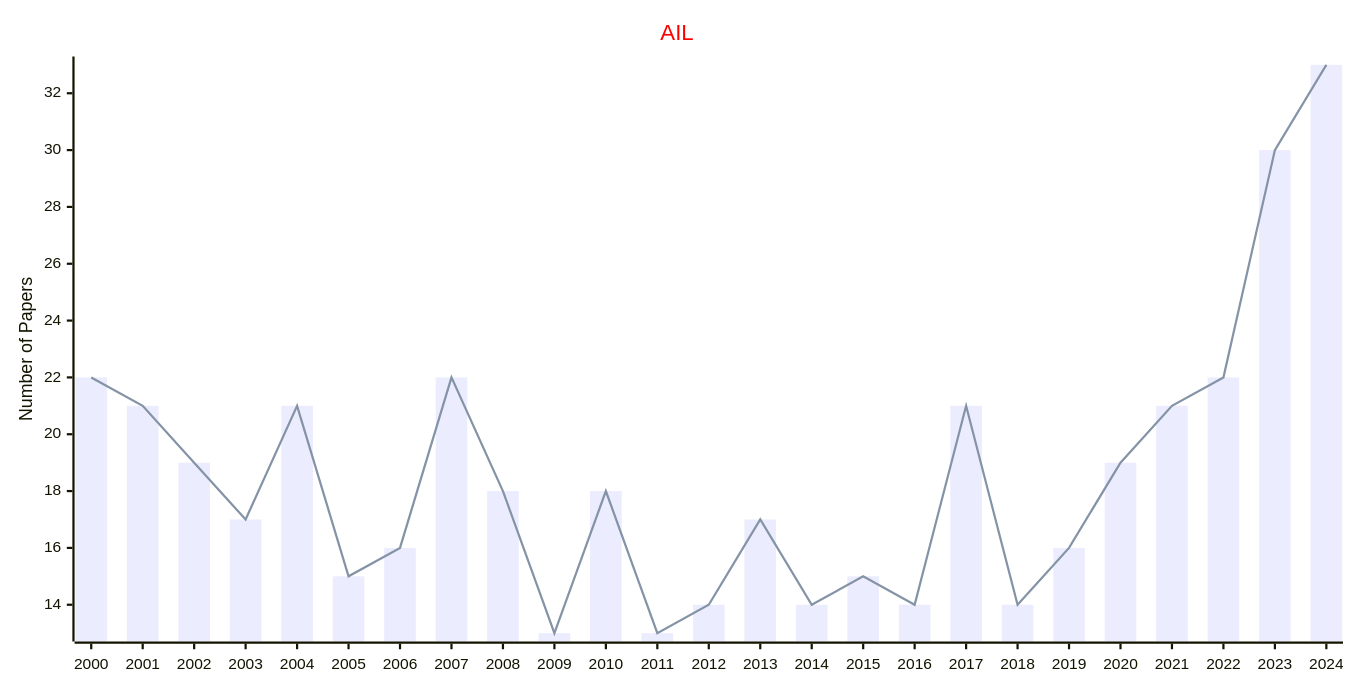
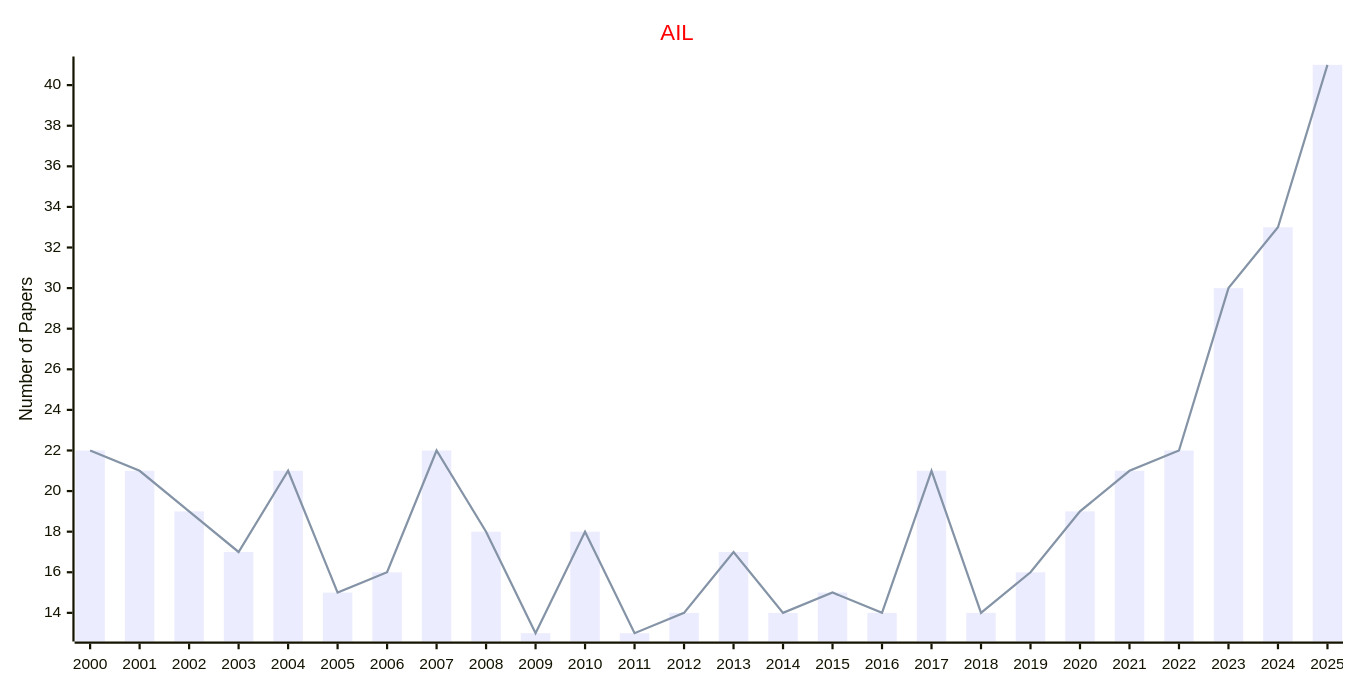
The diagram in docs/data/Journals/Statistics_Journals/Law.md (Easy-PhD/AILinks), drawn with Mermaid before and after one commit. The commit also changed 107 other files, not shown here.

````diff
--- a/docs/data/Journals/Statistics_Journals/Law.md
+++ b/docs/data/Journals/Statistics_Journals/Law.md
@@ -9,17 +9,17 @@
 ```mermaid
 ---
 config:
     xyChart:
         width: 1200
         height: 600
     themeVariables:
         xyChart:
             titleColor: "#ff0000"
 ---
 xychart-beta
     title "AIL"
-    x-axis [2000, 2001, 2002, 2003, 2004, 2005, 2006, 2007, 2008, 2009, 2010, 2011, 2012, 2013, 2014, 2015, 2016, 2017, 2018, 2019, 2020, 2021, 2022, 2023, 2024]
+    x-axis [2000, 2001, 2002, 2003, 2004, 2005, 2006, 2007, 2008, 2009, 2010, 2011, 2012, 2013, 2014, 2015, 2016, 2017, 2018, 2019, 2020, 2021, 2022, 2023, 2024, 2025]
     y-axis "Number of Papers"
-    bar [22, 21, 19, 17, 21, 15, 16, 22, 18, 13, 18, 13, 14, 17, 14, 15, 14, 21, 14, 16, 19, 21, 22, 30, 33]
-    line [22, 21, 19, 17, 21, 15, 16, 22, 18, 13, 18, 13, 14, 17, 14, 15, 14, 21, 14, 16, 19, 21, 22, 30, 33]
+    bar [22, 21, 19, 17, 21, 15, 16, 22, 18, 13, 18, 13, 14, 17, 14, 15, 14, 21, 14, 16, 19, 21, 22, 30, 33, 41]
+    line [22, 21, 19, 17, 21, 15, 16, 22, 18, 13, 18, 13, 14, 17, 14, 15, 14, 21, 14, 16, 19, 21, 22, 30, 33, 41]
 ```
````
